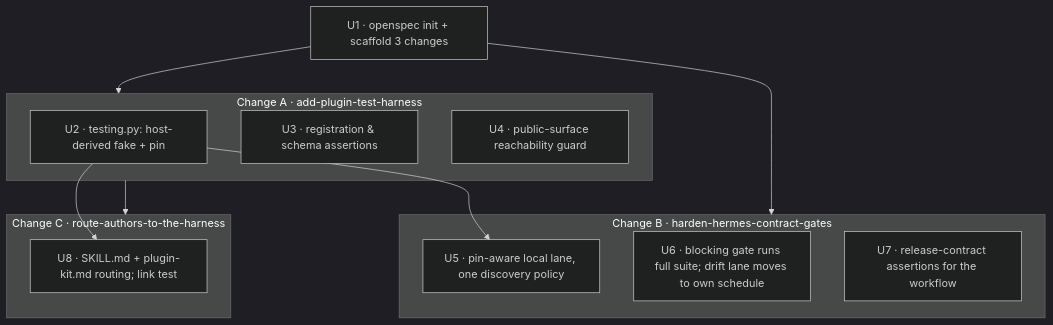
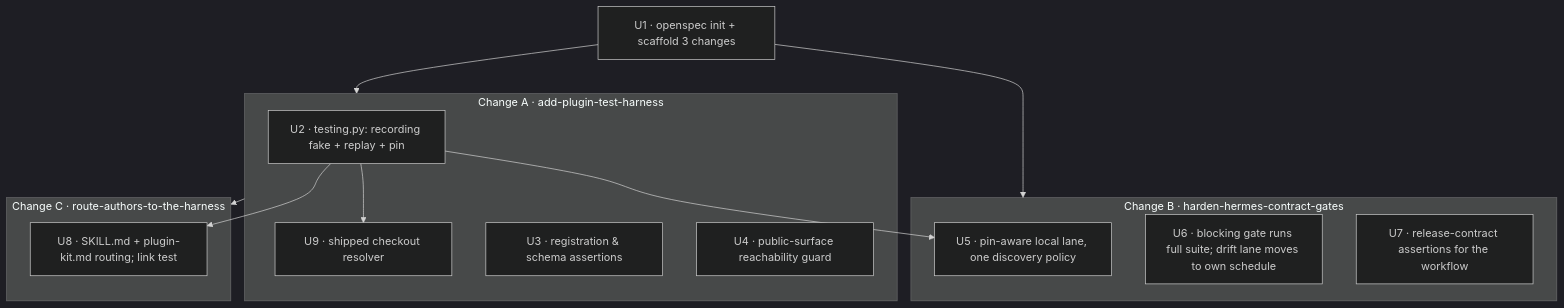
One commit to offendingcommit/hermes-plugin-kit changed the first of 2 diagrams in docs/plans/2026-09-21-1406-feat-plugin-contract-testing-harness-plan.md. Above: the diagram before and after it, drawn with Mermaid (dark theme). The commit also changed other lines of this file, not shown here.

````diff
--- a/docs/plans/2026-09-21-1406-feat-plugin-contract-testing-harness-plan.md
+++ b/docs/plans/2026-09-21-1406-feat-plugin-contract-testing-harness-plan.md
@@ -120,22 +122,24 @@
 ```mermaid
 flowchart TB
   U1["U1 · openspec init + scaffold 3 changes"]
   subgraph A["Change A · add-plugin-test-harness"]
-    U2["U2 · testing.py: host-derived fake + pin"]
+    U2["U2 · testing.py: recording fake + replay + pin"]
+    U9["U9 · shipped checkout resolver"]
     U3["U3 · registration & schema assertions"]
     U4["U4 · public-surface reachability guard"]
   end
   subgraph B["Change B · harden-hermes-contract-gates"]
     U5["U5 · pin-aware local lane, one discovery policy"]
     U6["U6 · blocking gate runs full suite; drift lane moves to own schedule"]
     U7["U7 · release-contract assertions for the workflow"]
   end
   subgraph C["Change C · route-authors-to-the-harness"]
     U8["U8 · SKILL.md + plugin-kit.md routing; link test"]
   end
   U1 --> A
   U1 --> B
+  U2 --> U9
   U2 --> U5
   U2 --> U8
   A --> C
 ```
````
